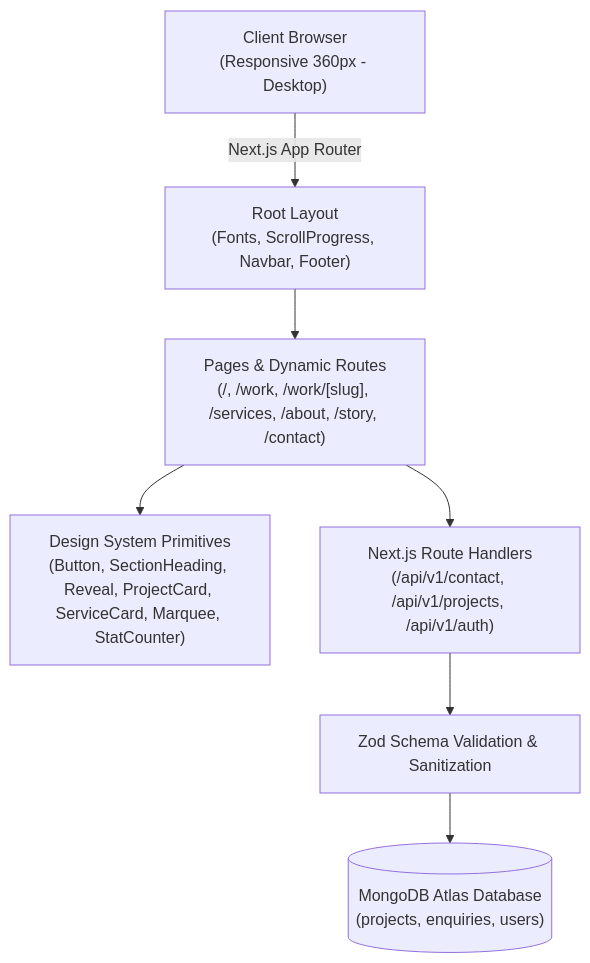
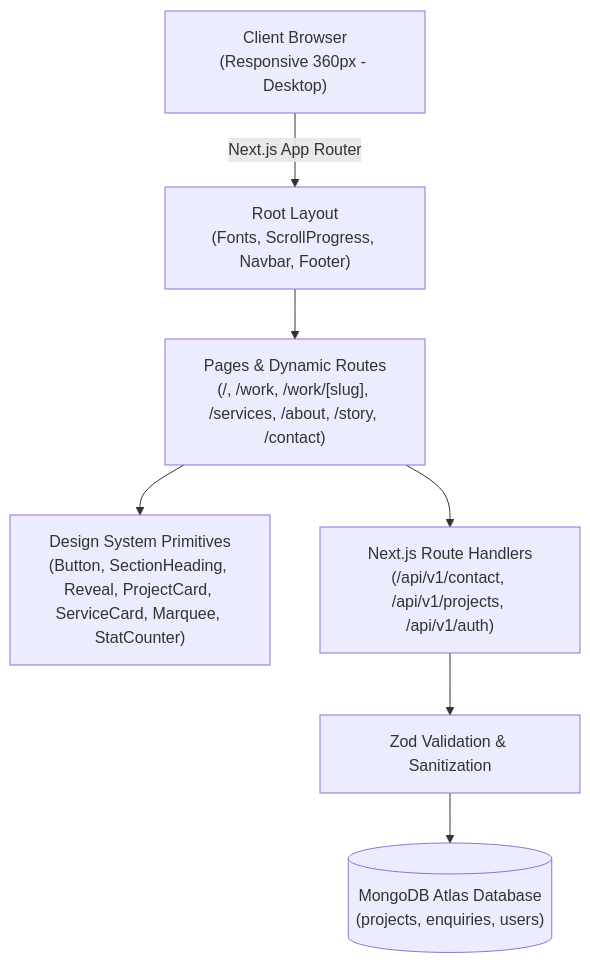
One commit to nitish409/angaar-labs changed the diagram in README.md. Above: the diagram before and after it, drawn with Mermaid. The commit also changed other lines of this file, not shown here.

Commit message:
docs: finalize comprehensive production README with architecture and live links

````diff
--- a/README.md
+++ b/README.md
@@ -55,9 +70,9 @@
 ```mermaid
 flowchart TD
     Client["Client Browser\n(Responsive 360px - Desktop)"] -->|Next.js App Router| Layout["Root Layout\n(Fonts, ScrollProgress, Navbar, Footer)"]
     Layout --> Pages["Pages & Dynamic Routes\n(/, /work, /work/[slug], /services, /about, /story, /contact)"]
     Pages --> Primitives["Design System Primitives\n(Button, SectionHeading, Reveal, ProjectCard, ServiceCard, Marquee, StatCounter)"]
     Pages --> API["Next.js Route Handlers\n(/api/v1/contact, /api/v1/projects, /api/v1/auth)"]
-    API --> Zod["Zod Schema Validation & Sanitization"]
+    API --> Zod["Zod Validation & Sanitization"]
     Zod --> Mongo[("MongoDB Atlas Database\n(projects, enquiries, users)")]
 ```
````
